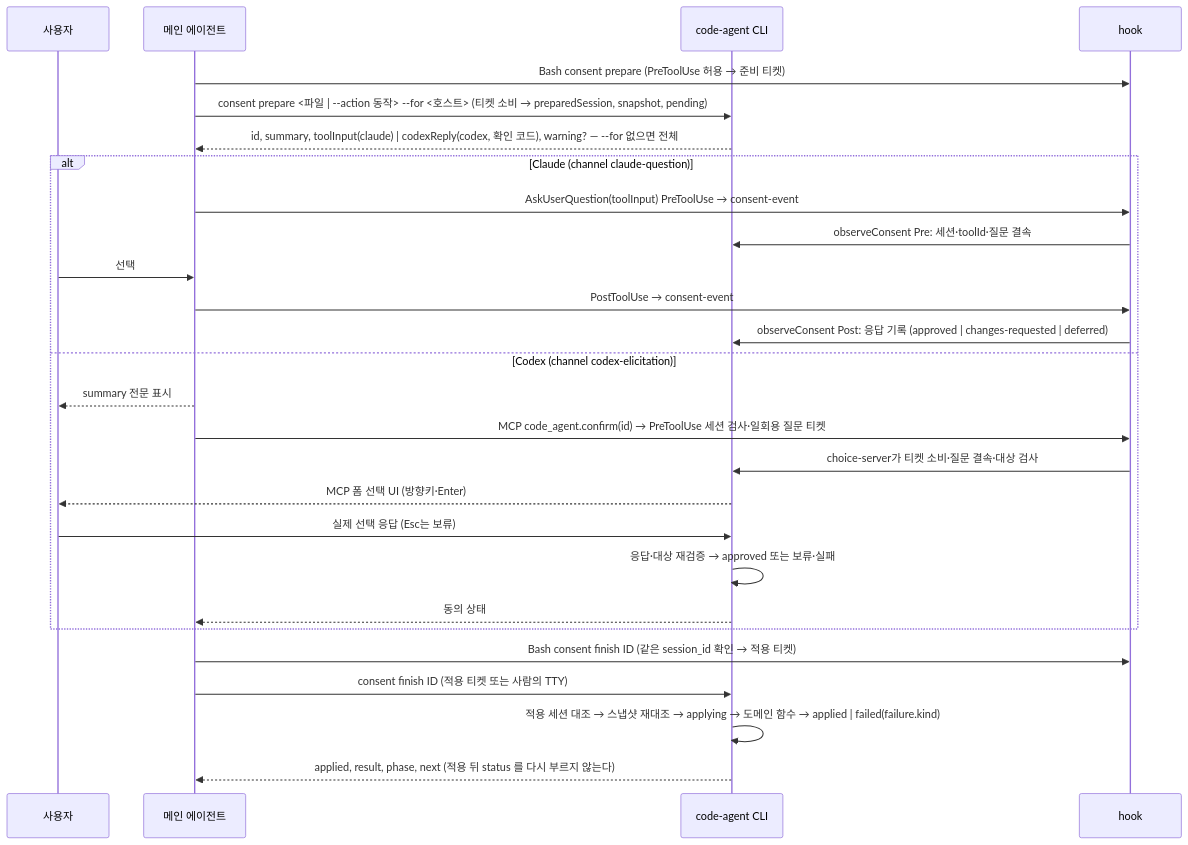
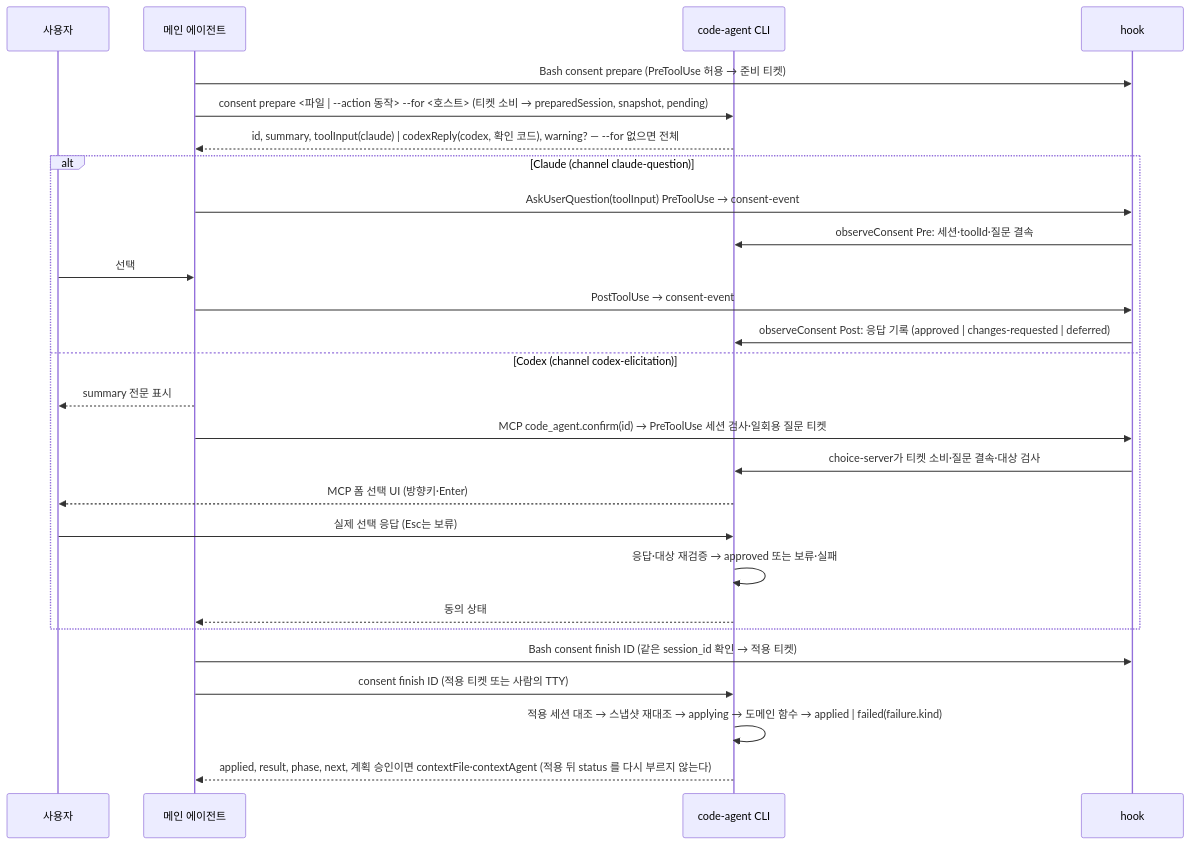
The second of 3 diagrams in doc/process-flow.md (collenkim/code-agent), drawn with Mermaid before and after one commit. The commit also changed other lines of this file and 52 other files, not shown here.

````diff
--- a/doc/process-flow.md
+++ b/doc/process-flow.md
@@ -186,29 +190,29 @@
 ```mermaid
 sequenceDiagram
   participant U as 사용자
   participant M as 메인 에이전트
   participant C as code-agent CLI
   participant H as hook
   M->>H: Bash consent prepare (PreToolUse 허용 → 준비 티켓)
   M->>C: consent prepare <파일 | --action 동작> --for <호스트> (티켓 소비 → preparedSession, snapshot, pending)
   C-->>M: id, summary, toolInput(claude) | codexReply(codex, 확인 코드), warning? — --for 없으면 전체
   alt Claude (channel claude-question)
     M->>H: AskUserQuestion(toolInput) PreToolUse → consent-event
     H->>C: observeConsent Pre: 세션·toolId·질문 결속
     U->>M: 선택
     M->>H: PostToolUse → consent-event
     H->>C: observeConsent Post: 응답 기록 (approved | changes-requested | deferred)
   else Codex (channel codex-elicitation)
     M-->>U: summary 전문 표시
     M->>H: MCP code_agent.confirm(id) → PreToolUse 세션 검사·일회용 질문 티켓
     H->>C: choice-server가 티켓 소비·질문 결속·대상 검사
     C-->>U: MCP 폼 선택 UI (방향키·Enter)
     U->>C: 실제 선택 응답 (Esc는 보류)
     C->>C: 응답·대상 재검증 → approved 또는 보류·실패
     C-->>M: 동의 상태
   end
   M->>H: Bash consent finish ID (같은 session_id 확인 → 적용 티켓)
   M->>C: consent finish ID (적용 티켓 또는 사람의 TTY)
   C->>C: 적용 세션 대조 → 스냅샷 재대조 → applying → 도메인 함수 → applied | failed(failure.kind)
-  C-->>M: applied, result, phase, next (적용 뒤 status 를 다시 부르지 않는다)
+  C-->>M: applied, result, phase, next, 계획 승인이면 contextFile·contextAgent (적용 뒤 status 를 다시 부르지 않는다)
 ```
````
